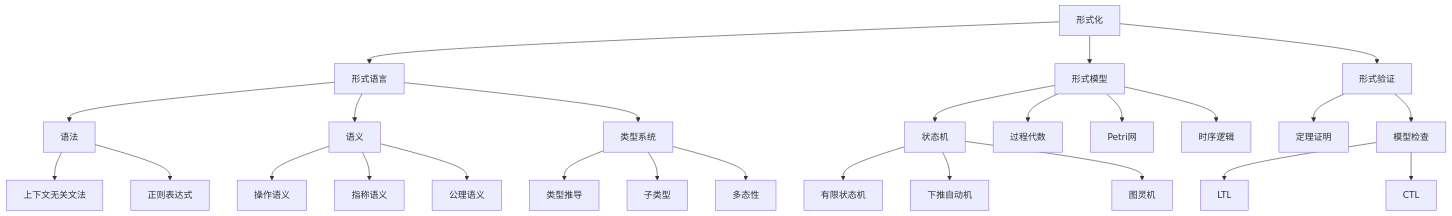
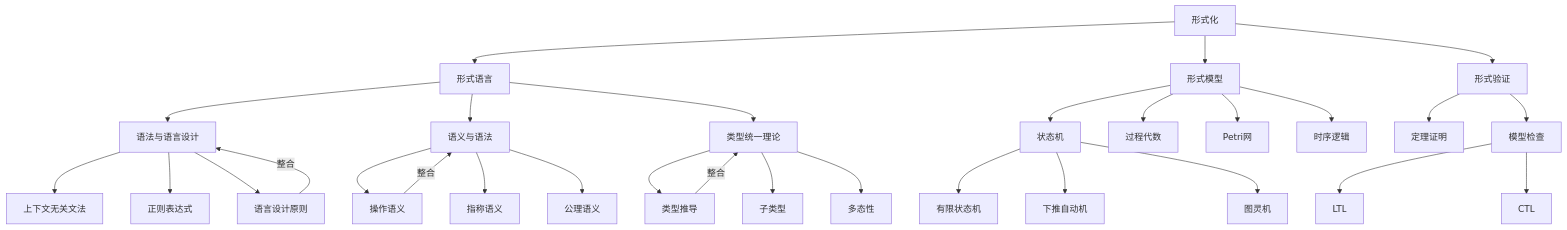
Before and after one commit to AdaMartin18010/formal-architecture: the second of 11 diagrams in Analysis/项目知识图谱.md, drawn with Mermaid. The commit also changed other lines of this file and 39 other files, not shown here.

````diff
--- a/Analysis/项目知识图谱.md
+++ b/Analysis/项目知识图谱.md
@@ -89,36 +94,42 @@
 ```mermaid
 graph TB
     A[形式化] --> B1[形式语言]
     A --> B2[形式模型]
     A --> B3[形式验证]
     
-    B1 --> C1[语法]
-    B1 --> C2[语义]
-    B1 --> C3[类型系统]
+    B1 --> C1[语法与语言设计]
+    B1 --> C2[语义与语法]
+    B1 --> C3[类型统一理论]
     
     B2 --> D1[状态机]
     B2 --> D2[过程代数]
     B2 --> D3[Petri网]
     B2 --> D4[时序逻辑]
     
     B3 --> E1[定理证明]
     B3 --> E2[模型检查]
     
     C1 --> F1[上下文无关文法]
     C1 --> F2[正则表达式]
+    C1 --> F3[语言设计原则]
     
     C2 --> G1[操作语义]
     C2 --> G2[指称语义]
     C2 --> G3[公理语义]
     
     C3 --> H1[类型推导]
     C3 --> H2[子类型]
     C3 --> H3[多态性]
     
     D1 --> I1[有限状态机]
     D1 --> I2[下推自动机]
     D1 --> I3[图灵机]
     
     E2 --> J1[LTL]
     E2 --> J2[CTL]
+    
+    %% 合并后的关系
+    F3 -- "整合" --> C1
+    G1 -- "整合" --> C2
+    H1 -- "整合" --> C3
 ```
````
